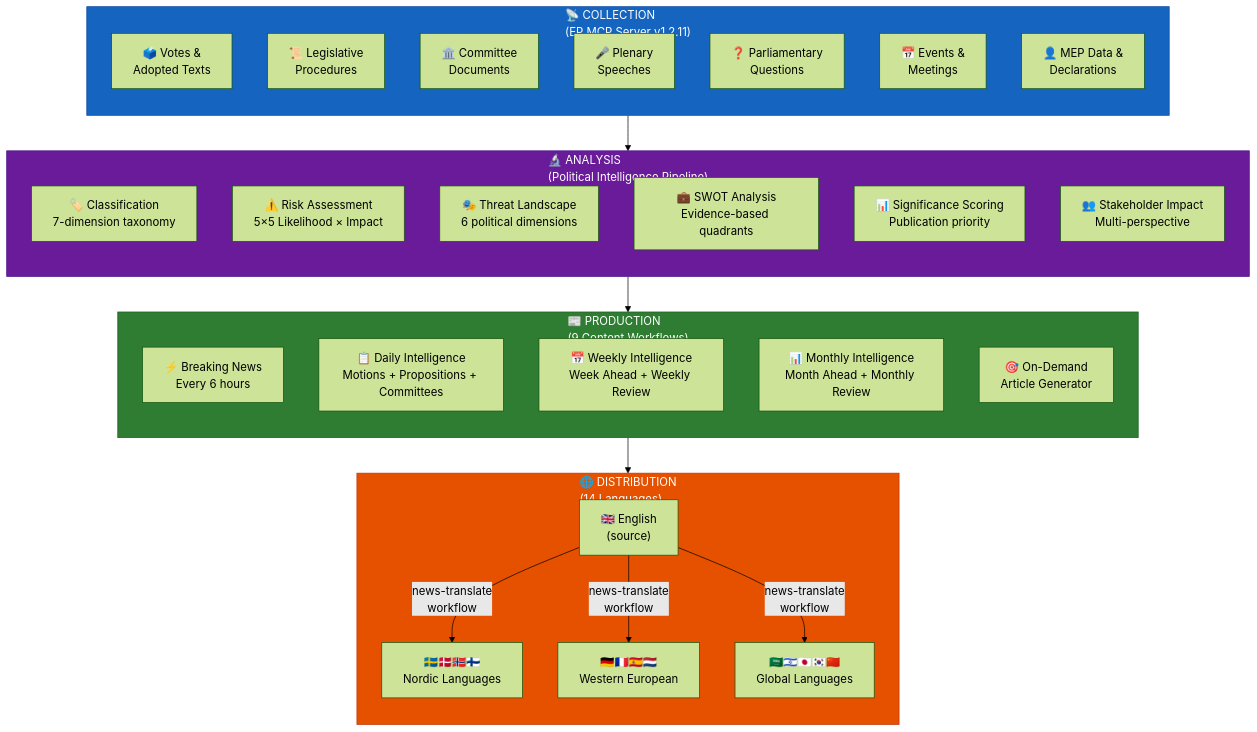
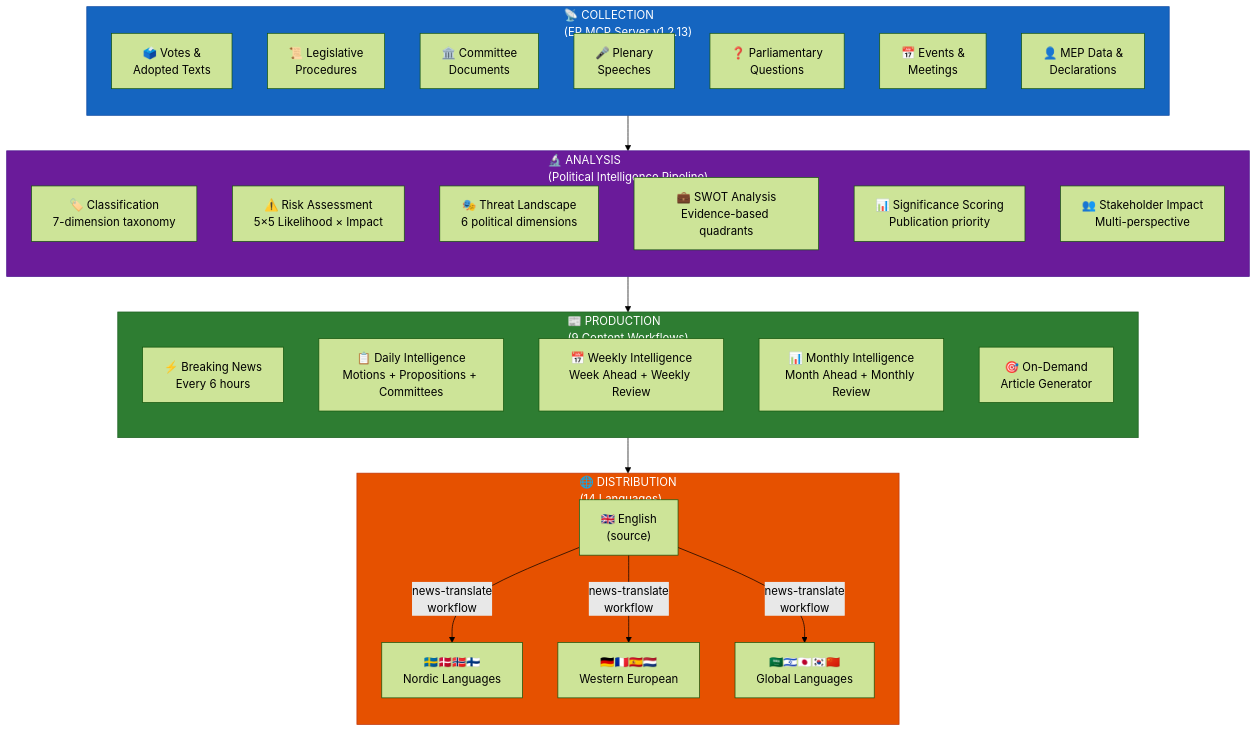
Diagram 19 of 22 in WORKFLOWS.md (Hack23/euparliamentmonitor), drawn with Mermaid (forest theme) before and after one commit. The commit also changed other lines of this file and 35 other files, not shown here.

First line of the commit message:
chore: bump EP MCP Server references from 1.2.11 to 1.2.13 across docs, workflows, and source

````diff
--- a/WORKFLOWS.md
+++ b/WORKFLOWS.md
@@ -1833,48 +1833,48 @@
 ```mermaid
 flowchart TD
-    subgraph Collection["📡 COLLECTION<br/>(EP MCP Server v1.2.11)"]
+    subgraph Collection["📡 COLLECTION<br/>(EP MCP Server v1.2.13)"]
         direction TB
         C1["🗳️ Votes &<br/>Adopted Texts"]
         C2["📜 Legislative<br/>Procedures"]
         C3["🏛️ Committee<br/>Documents"]
         C4["🎤 Plenary<br/>Speeches"]
         C5["❓ Parliamentary<br/>Questions"]
         C6["📅 Events &<br/>Meetings"]
         C7["👤 MEP Data &<br/>Declarations"]
     end
 
     subgraph Analysis["🔬 ANALYSIS<br/>(Political Intelligence Pipeline)"]
         direction TB
         A1["🏷️ Classification<br/>7-dimension taxonomy"]
         A2["⚠️ Risk Assessment<br/>5×5 Likelihood × Impact"]
         A3["🎭 Threat Landscape<br/>6 political dimensions"]
         A4["💼 SWOT Analysis<br/>Evidence-based quadrants"]
         A5["📊 Significance Scoring<br/>Publication priority"]
         A6["👥 Stakeholder Impact<br/>Multi-perspective"]
     end
 
     subgraph Production["📰 PRODUCTION<br/>(9 Content Workflows)"]
         direction TB
         P1["⚡ Breaking News<br/>Every 6 hours"]
         P2["📋 Daily Intelligence<br/>Motions + Propositions + Committees"]
         P3["📅 Weekly Intelligence<br/>Week Ahead + Weekly Review"]
         P4["📊 Monthly Intelligence<br/>Month Ahead + Monthly Review"]
         P5["🎯 On-Demand<br/>Article Generator"]
     end
 
     subgraph Distribution["🌐 DISTRIBUTION<br/>(14 Languages)"]
         direction TB
         D1["🇬🇧 English<br/>(source)"]
         D2["🇸🇪🇩🇰🇳🇴🇫🇮<br/>Nordic Languages"]
         D3["🇩🇪🇫🇷🇪🇸🇳🇱<br/>Western European"]
         D4["🇸🇦🇮🇱🇯🇵🇰🇷🇨🇳<br/>Global Languages"]
     end
 
     Collection --> Analysis --> Production --> D1
     D1 --> |"news-translate<br/>workflow"| D2 & D3 & D4
 
     style Collection fill:#1565C0,stroke:#0D47A1,color:#FFFFFF
     style Analysis fill:#6A1B9A,stroke:#4A148C,color:#FFFFFF
     style Production fill:#2E7D32,stroke:#1B5E20,color:#FFFFFF
     style Distribution fill:#E65100,stroke:#BF360C,color:#FFFFFF
 ```
````
